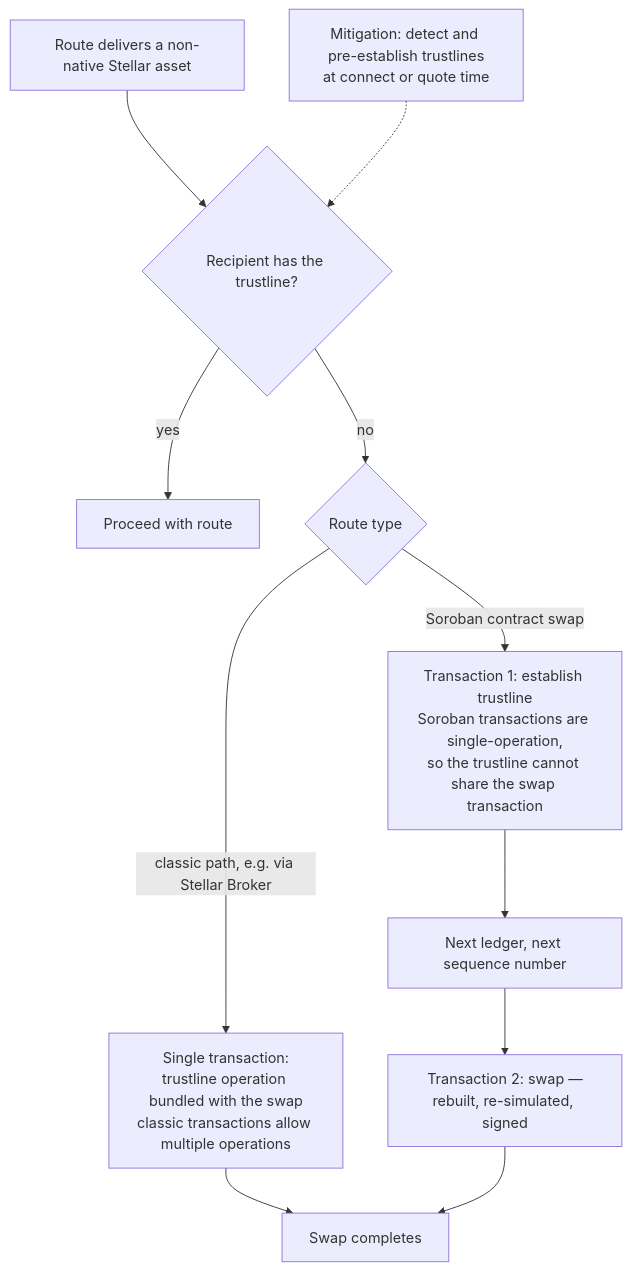
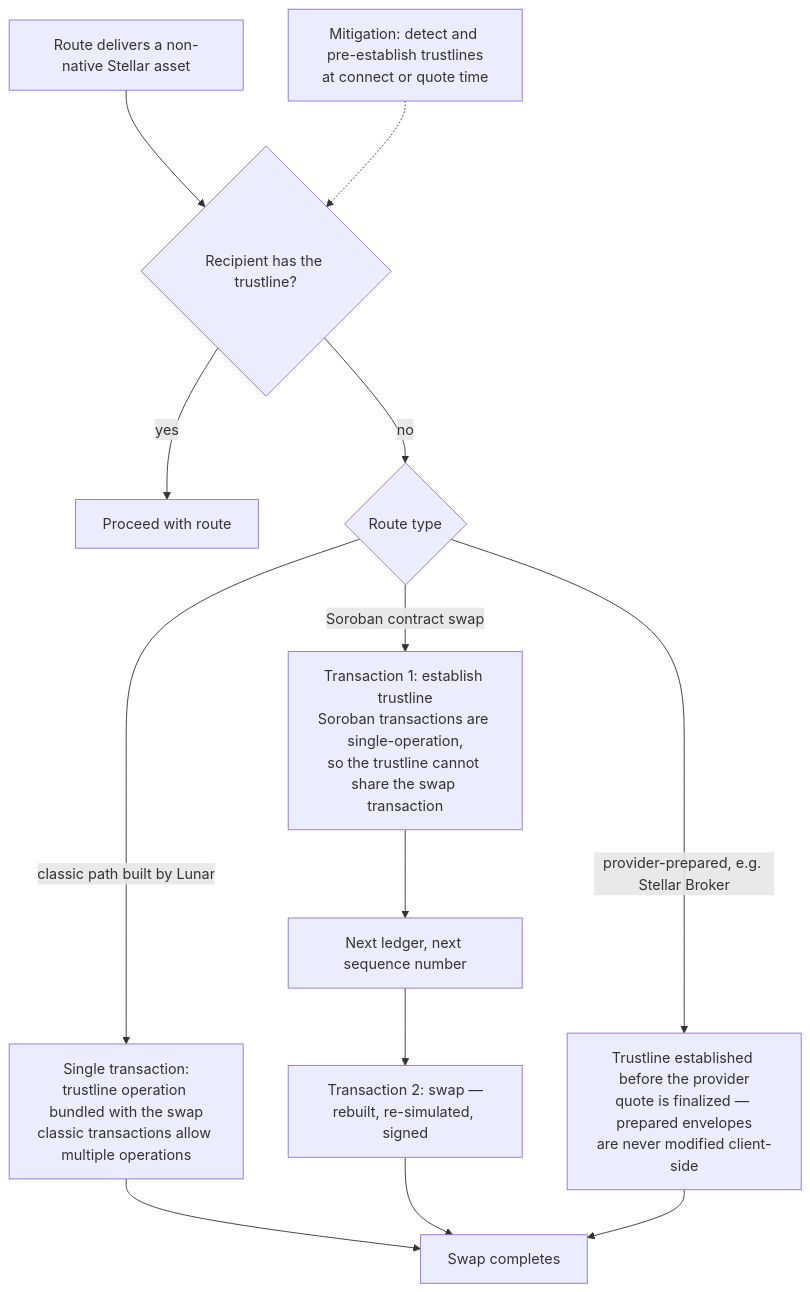
One commit to Lunarfi-eclipse/lunar-stellar changed the seventh of 8 diagrams in README.md. Above: the diagram before and after it, drawn with Mermaid. The commit also changed other lines of this file and 1 other file, not shown here.

First line of the commit message:
Apply verified review corrections: CCTP Fast Transfer, Broker trustlines, Protocol 27

````diff
--- a/README.md
+++ b/README.md
@@ -287,13 +287,15 @@
 ```mermaid
 flowchart TD
     SWAPREQ["Route delivers a non-native Stellar asset"] --> HAS{"Recipient has the trustline?"}
     HAS -- yes --> GO["Proceed with route"]
     HAS -- no --> ROUTE{"Route type"}
-    ROUTE -- "classic path, e.g. via Stellar Broker" --> BUNDLE["Single transaction:<br/>trustline operation bundled with the swap<br/>classic transactions allow multiple operations"]
+    ROUTE -- "classic path built by Lunar" --> BUNDLE["Single transaction:<br/>trustline operation bundled with the swap<br/>classic transactions allow multiple operations"]
     ROUTE -- "Soroban contract swap" --> SEQ1["Transaction 1: establish trustline<br/>Soroban transactions are single-operation,<br/>so the trustline cannot share the swap transaction"]
+    ROUTE -- "provider-prepared, e.g. Stellar Broker" --> PROVTL["Trustline established before the provider<br/>quote is finalized — prepared envelopes<br/>are never modified client-side"]
     SEQ1 --> NEXTLEDGER["Next ledger, next sequence number"]
     NEXTLEDGER --> SEQ2["Transaction 2: swap —<br/>rebuilt, re-simulated, signed"]
     BUNDLE --> DONE7["Swap completes"]
     SEQ2 --> DONE7
+    PROVTL --> DONE7
     PREEST["Mitigation: detect and pre-establish trustlines<br/>at connect or quote time"] -.-> HAS
 ```
````
